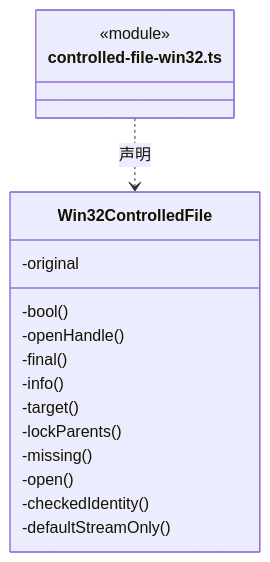
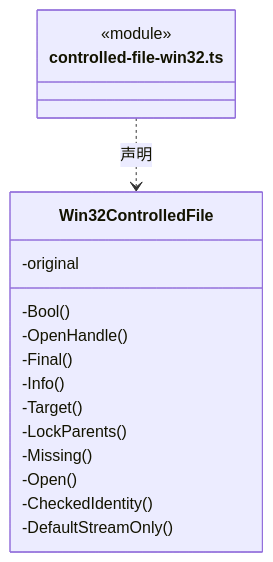
One commit to nan023062/cbim changed the eighth of 14 diagrams in src/logic/file-operations/platform/files/ARCHITECTURE.md. Above: the diagram before and after it, drawn with Mermaid. The commit also changed other lines of this file and 1035 other files, not shown here.

````diff
--- a/src/logic/file-operations/platform/files/ARCHITECTURE.md
+++ b/src/logic/file-operations/platform/files/ARCHITECTURE.md
@@ -206,20 +206,20 @@
 ```mermaid
 classDiagram
 class N_src_logic_file_operations_platform_files_controlled_file_win32_ts["controlled-file-win32.ts"] {
   <<module>>
 }
 class N_src_logic_file_operations_platform_files_controlled_file_win32_ts_Win32ControlledFile["Win32ControlledFile"] {
   -original
-  -bool()
-  -openHandle()
-  -final()
-  -info()
-  -target()
-  -lockParents()
-  -missing()
-  -open()
-  -checkedIdentity()
-  -defaultStreamOnly()
+  -Bool()
+  -OpenHandle()
+  -Final()
+  -Info()
+  -Target()
+  -LockParents()
+  -Missing()
+  -Open()
+  -CheckedIdentity()
+  -DefaultStreamOnly()
 }
 N_src_logic_file_operations_platform_files_controlled_file_win32_ts ..> N_src_logic_file_operations_platform_files_controlled_file_win32_ts_Win32ControlledFile : 声明
 ```
````
